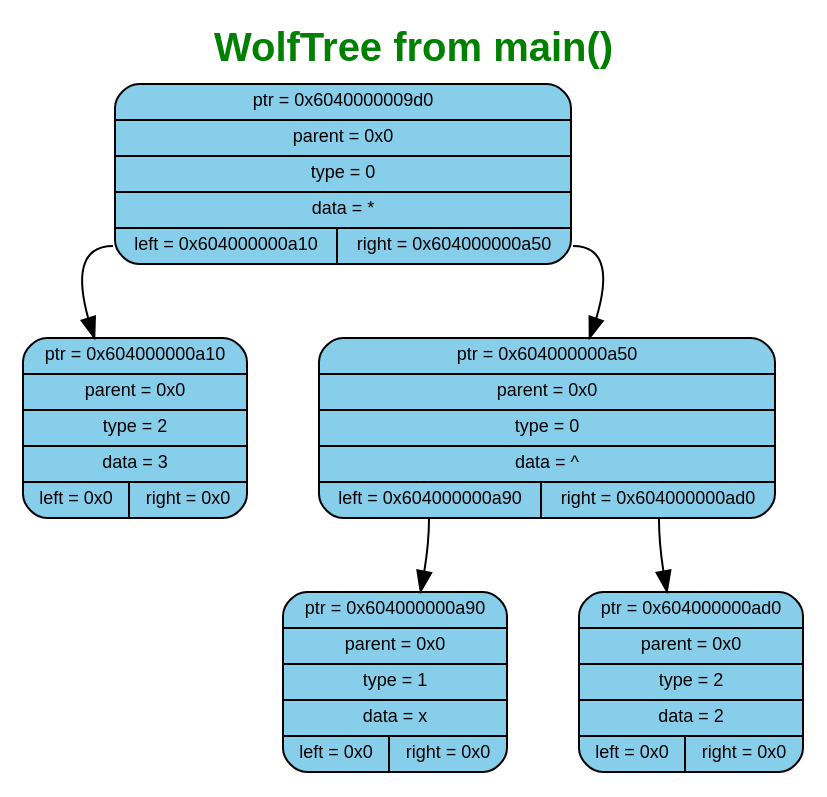
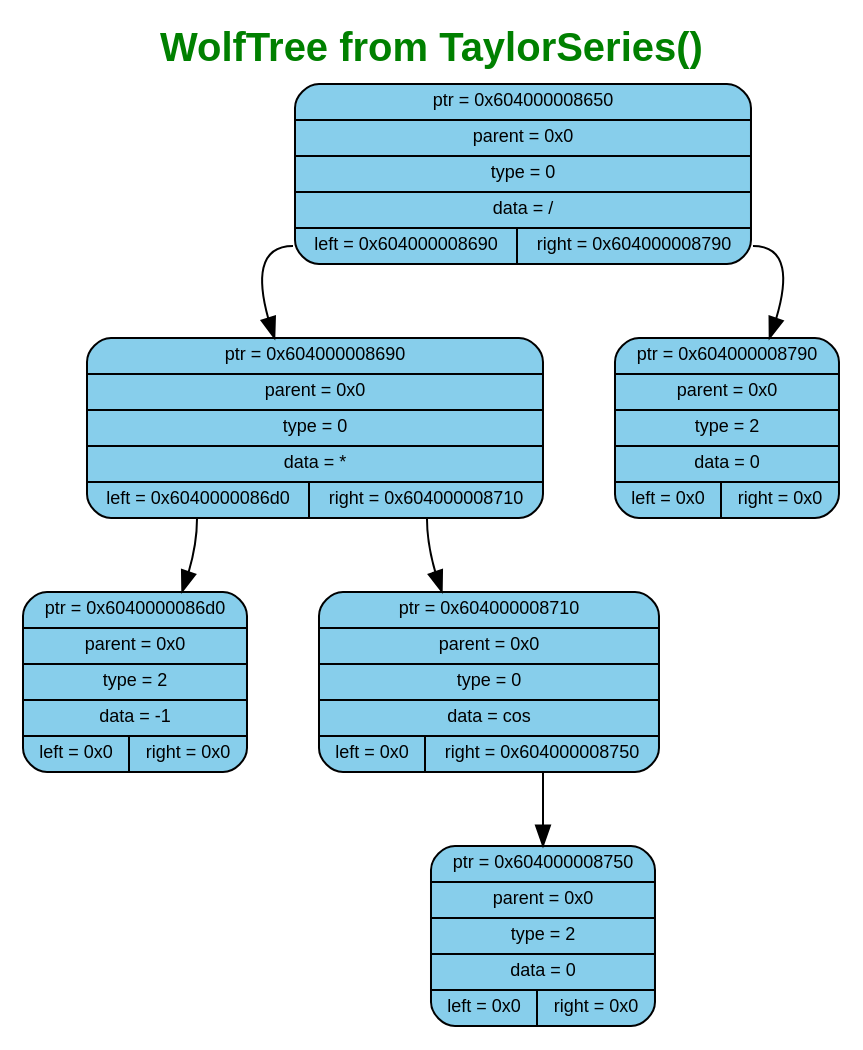
The diagram in WOLFRAM_SIGMA/ReportFiles/graphs/graph1/wolf.dot (murugov/WolframSigma), drawn with Graphviz before and after one commit. The commit also changed 25 other files, not shown here.

```diff
--- a/WOLFRAM_SIGMA/ReportFiles/graphs/graph1/wolf.dot
+++ b/WOLFRAM_SIGMA/ReportFiles/graphs/graph1/wolf.dot
@@ -1,23 +1,25 @@
 digraph G {
-	label=<<B>WolfTree from main()</B>>;
+	label=<<B>WolfTree from TaylorSeries()</B>>;
 	fontcolor="#008000";
 	fontname="Arial";
 	labelloc="top";
 	labeljust="center";
 	fontsize=20;
 	rankdir=TB;
 	center=true;
 	nodesep=0.5;
 	ranksep=0.5;
 	node[fontsize=9, shape=box, width=0.7, height=0.4, style="filled, rounded", fontname="Arial"];
 
-	n0 [shape=record, label="{ptr = 0x6040000009d0 | parent = 0x0 | type = 0 | data = * | {<left> left = 0x604000000a10 | <right> right = 0x604000000a50}}", fillcolor="#87CEEB", color="black"]
-	n1 [shape=record, label="{ptr = 0x604000000a10 | parent = 0x0 | type = 2 | data = 3 | {<left> left = 0x0 | <right> right = 0x0}}", fillcolor="#87CEEB", color="black"]
+	n0 [shape=record, label="{ptr = 0x604000008650 | parent = 0x0 | type = 0 | data = / | {<left> left = 0x604000008690 | <right> right = 0x604000008790}}", fillcolor="#87CEEB", color="black"]
+	n1 [shape=record, label="{ptr = 0x604000008690 | parent = 0x0 | type = 0 | data = * | {<left> left = 0x6040000086d0 | <right> right = 0x604000008710}}", fillcolor="#87CEEB", color="black"]
 	n0:left -> n1
-	n2 [shape=record, label="{ptr = 0x604000000a50 | parent = 0x0 | type = 0 | data = ^ | {<left> left = 0x604000000a90 | <right> right = 0x604000000ad0}}", fillcolor="#87CEEB", color="black"]
+	n2 [shape=record, label="{ptr = 0x604000008790 | parent = 0x0 | type = 2 | data = 0 | {<left> left = 0x0 | <right> right = 0x0}}", fillcolor="#87CEEB", color="black"]
 	n0:right -> n2
-	n3 [shape=record, label="{ptr = 0x604000000a90 | parent = 0x0 | type = 1 | data = x | {<left> left = 0x0 | <right> right = 0x0}}", fillcolor="#87CEEB", color="black"]
-	n2:left -> n3
-	n4 [shape=record, label="{ptr = 0x604000000ad0 | parent = 0x0 | type = 2 | data = 2 | {<left> left = 0x0 | <right> right = 0x0}}", fillcolor="#87CEEB", color="black"]
-	n2:right -> n4
+	n3 [shape=record, label="{ptr = 0x6040000086d0 | parent = 0x0 | type = 2 | data = -1 | {<left> left = 0x0 | <right> right = 0x0}}", fillcolor="#87CEEB", color="black"]
+	n1:left -> n3
+	n4 [shape=record, label="{ptr = 0x604000008710 | parent = 0x0 | type = 0 | data = cos | {<left> left = 0x0 | <right> right = 0x604000008750}}", fillcolor="#87CEEB", color="black"]
+	n1:right -> n4
+	n5 [shape=record, label="{ptr = 0x604000008750 | parent = 0x0 | type = 2 | data = 0 | {<left> left = 0x0 | <right> right = 0x0}}", fillcolor="#87CEEB", color="black"]
+	n4:right -> n5
 }
```
